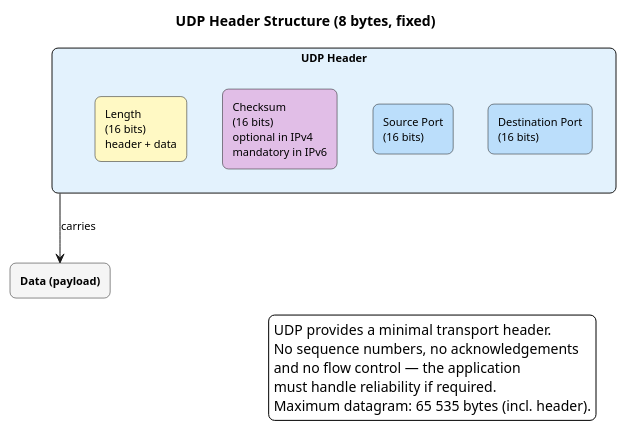
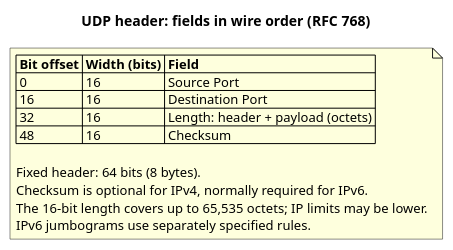
The diagram in 03_LECTURES/C08/assets/puml/fig-udp-header.puml (antonioclim/COMPNET-EN), drawn with PlantUML before and after one commit. The commit also changed 551 other files, not shown here.

```diff
--- a/03_LECTURES/C08/assets/puml/fig-udp-header.puml
+++ b/03_LECTURES/C08/assets/puml/fig-udp-header.puml
@@ -1,33 +1,18 @@
 @startuml fig-udp-header
 skinparam backgroundColor white
 skinparam defaultFontName Arial
-skinparam defaultFontSize 11
 skinparam shadowing false
-skinparam roundcorner 12
+title UDP header: fields in wire order (RFC 768)
+note as header
+|= Bit offset |= Width (bits) |= Field |
+| 0 | 16 | Source Port |
+| 16 | 16 | Destination Port |
+| 32 | 16 | Length: header + payload (octets) |
+| 48 | 16 | Checksum |
 
-title UDP Header Structure (8 bytes, fixed)
-
-rectangle "**UDP Header**" as hdr #E3F2FD {
-
-  rectangle "Source Port\n(16 bits)" as sp #BBDEFB
-  rectangle "Destination Port\n(16 bits)" as dp #BBDEFB
-
-  rectangle "Length\n(16 bits)\nheader + data" as len #FFF9C4
-  rectangle "Checksum\n(16 bits)\noptional in IPv4\nmandatory in IPv6" as chk #E1BEE7
-}
-
-sp -[hidden]right- dp
-len -[hidden]right- chk
-
-rectangle "**Data (payload)**" as payload #F5F5F5
-
-hdr -down-> payload : carries
-
-legend right
-  UDP provides a minimal transport header.
-  No sequence numbers, no acknowledgements
-  and no flow control — the application
-  must handle reliability if required.
-  Maximum datagram: 65 535 bytes (incl. header).
-endlegend
+Fixed header: 64 bits (8 bytes).
+Checksum is optional for IPv4, normally required for IPv6.
+The 16-bit length covers up to 65,535 octets; IP limits may be lower.
+IPv6 jumbograms use separately specified rules.
+end note
 @enduml
```
